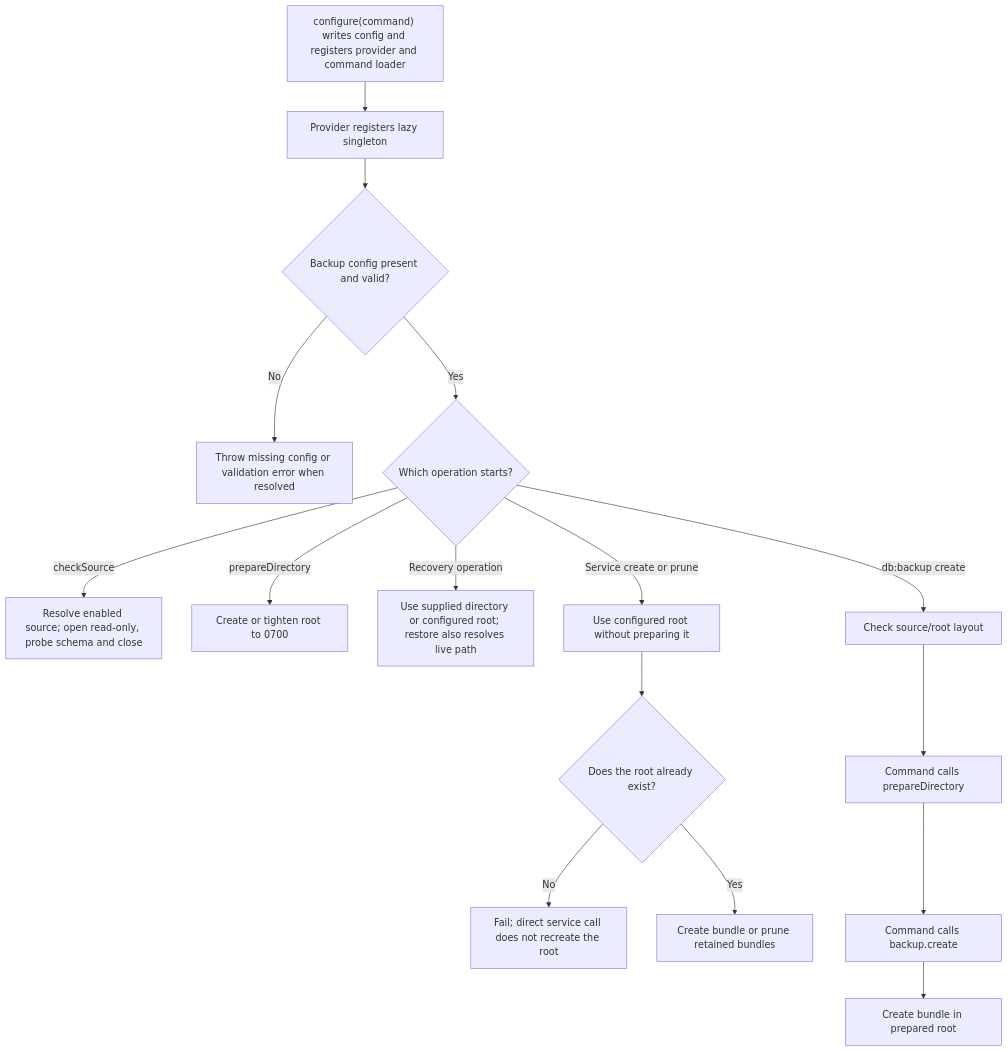
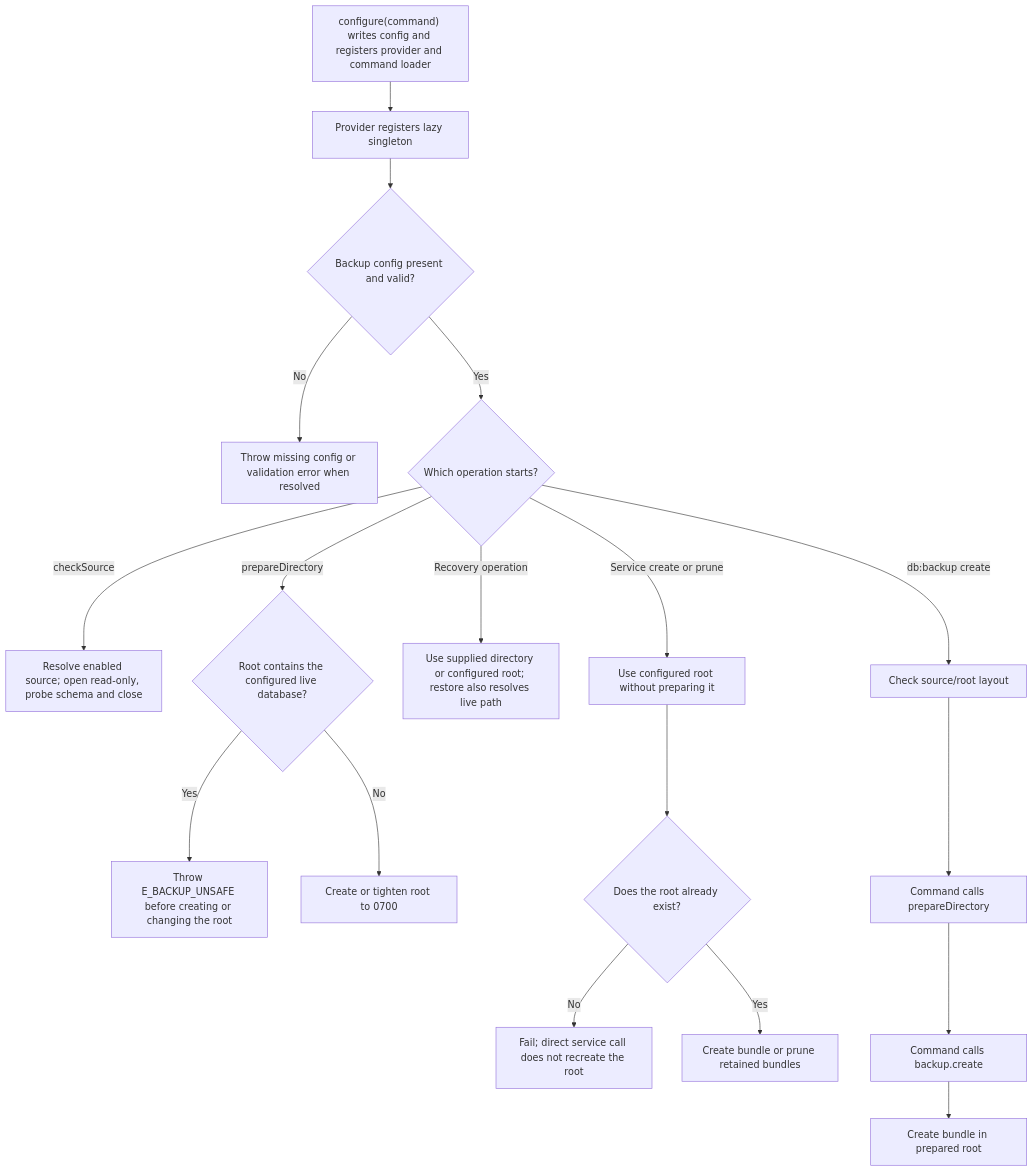
The second of 2 diagrams in user-stories/setup/us-setup-01-configure-backups.md (Kevinjohn/oss-adonisjs-sqlite-backup), drawn with Mermaid before and after one commit. The commit also changed other lines of this file and 3 other files, not shown here.

First line of the commit message:
Document the prepareDirectory refusal and move the catalogue baseline

````diff
--- a/user-stories/setup/us-setup-01-configure-backups.md
+++ b/user-stories/setup/us-setup-01-configure-backups.md
@@ -48,18 +48,20 @@
 ```mermaid
 flowchart TD
     A["configure(command) writes config and registers provider and command loader"] --> B["Provider registers lazy singleton"]
     B --> B1{"Backup config present and valid?"}
     B1 -->|No| X["Throw missing config or validation error when resolved"]
     B1 -->|Yes| C{"Which operation starts?"}
     C -->|checkSource| S["Resolve enabled source; open read-only, probe schema and close"]
-    C -->|prepareDirectory| P["Create or tighten root to 0700"]
+    C -->|prepareDirectory| P1{"Root contains the configured live database?"}
+    P1 -->|Yes| P2["Throw E_BACKUP_UNSAFE before creating or changing the root"]
+    P1 -->|No| P["Create or tighten root to 0700"]
     C -->|Recovery operation| R["Use supplied directory or configured root; restore also resolves live path"]
     C -->|Service create or prune| D["Use configured root without preparing it"]
     D --> E{"Does the root already exist?"}
     E -->|No| F["Fail; direct service call does not recreate the root"]
     E -->|Yes| G["Create bundle or prune retained bundles"]
     C -->|db:backup create| H1["Check source/root layout"]
     H1 --> H["Command calls prepareDirectory"]
     H --> I["Command calls backup.create"]
     I --> J["Create bundle in prepared root"]
 ```
````
